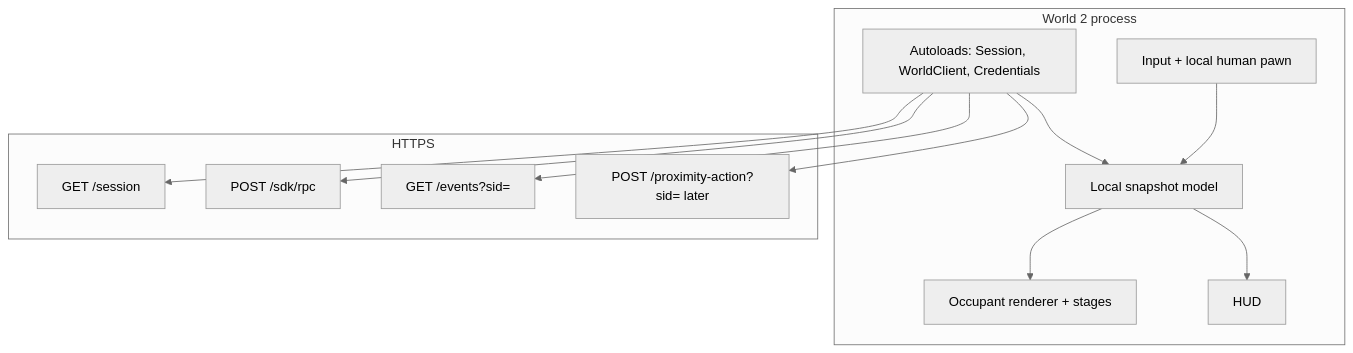
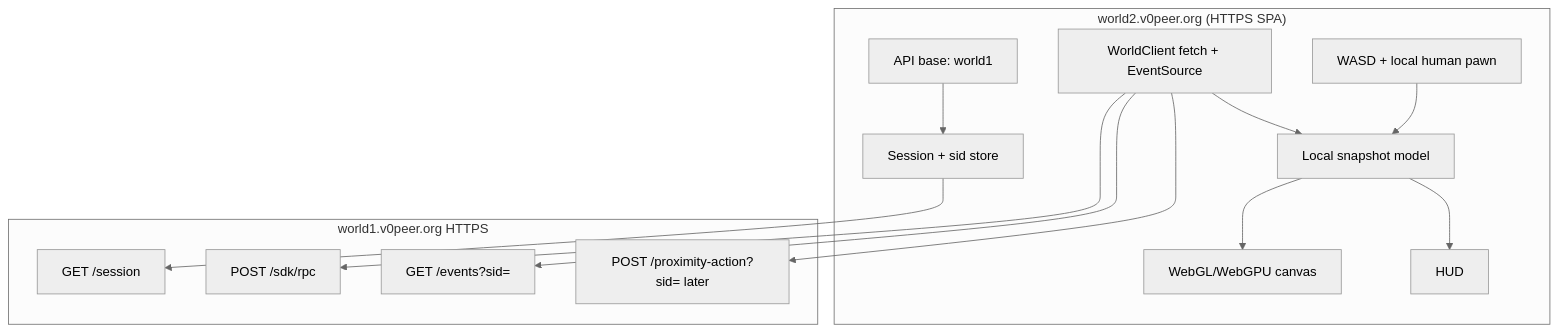
The fourth of 4 diagrams in docs/architecture.md (Agent-Play-Playworld/world2), drawn with Mermaid (neutral theme) before and after one commit. The commit also changed other lines of this file and 6 other files, not shown here.

````diff
--- a/docs/architecture.md
+++ b/docs/architecture.md
@@ -81,26 +157,29 @@
 ```mermaid
 flowchart TB
-  subgraph desktop [World 2 process]
-    Autoload["Autoloads: Session, WorldClient, Credentials"]
+  subgraph page ["world2.v0peer.org (HTTPS SPA)"]
+    Config["API base: world1"]
+    Session["Session + sid store"]
+    Client["WorldClient fetch + EventSource"]
     Model["Local snapshot model"]
-    Render["Occupant renderer + stages"]
-    Input["Input + local human pawn"]
+    Render["WebGL/WebGPU canvas"]
+    Input["WASD + local human pawn"]
     HUD["HUD"]
   end
 
-  subgraph network [HTTPS]
+  subgraph api ["world1.v0peer.org HTTPS"]
     SessionAPI["GET /session"]
     RpcAPI["POST /sdk/rpc"]
     SseAPI["GET /events?sid="]
     ProxAPI["POST /proximity-action?sid= later"]
   end
 
-  Autoload --> SessionAPI
-  Autoload --> RpcAPI
-  Autoload --> SseAPI
-  Autoload --> ProxAPI
-  Autoload --> Model
+  Config --> Session
+  Session --> SessionAPI
+  Client --> RpcAPI
+  Client --> SseAPI
+  Client --> ProxAPI
+  Client --> Model
   Model --> Render
   Input --> Model
   Model --> HUD
 ```
````
